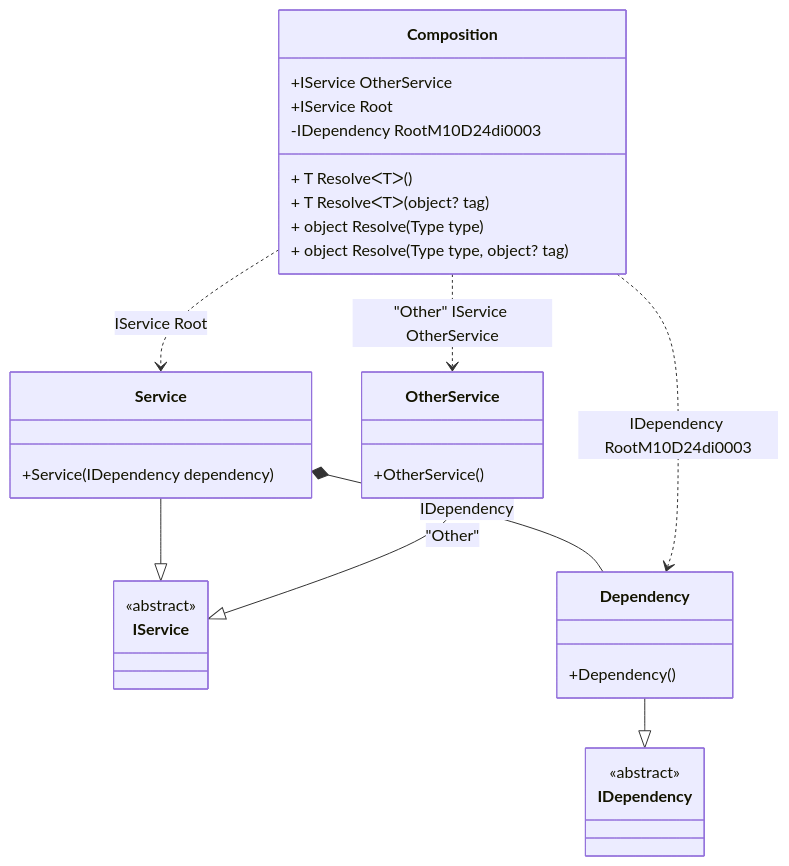
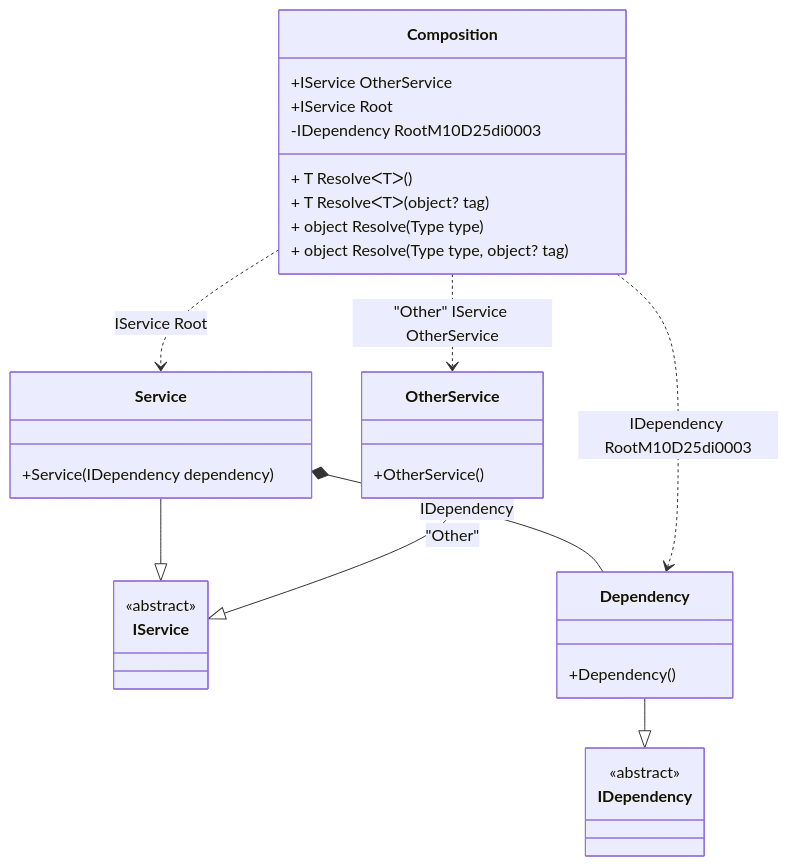
The diagram in readme/composition-roots.md (DevTeam/Pure.DI), drawn with Mermaid before and after one commit. The commit also changed other lines of this file and 75 other files, not shown here.

````diff
--- a/readme/composition-roots.md
+++ b/readme/composition-roots.md
@@ -45,34 +45,34 @@
 ```mermaid
 classDiagram
   class Composition {
     +IService OtherService
     +IService Root
-    -IDependency RootM10D24di0003
+    -IDependency RootM10D25di0003
     + T ResolveᐸTᐳ()
     + T ResolveᐸTᐳ(object? tag)
     + object Resolve(Type type)
     + object Resolve(Type type, object? tag)
   }
   Service --|> IService : 
   class Service {
     +Service(IDependency dependency)
   }
   OtherService --|> IService : "Other" 
   class OtherService {
     +OtherService()
   }
   Dependency --|> IDependency : 
   class Dependency {
     +Dependency()
   }
   class IService {
     <<abstract>>
   }
   class IDependency {
     <<abstract>>
   }
   Service *--  Dependency : IDependency
   Composition ..> Service : IService Root
   Composition ..> OtherService : "Other" IService OtherService
-  Composition ..> Dependency : IDependency RootM10D24di0003
+  Composition ..> Dependency : IDependency RootM10D25di0003
 ```
````
